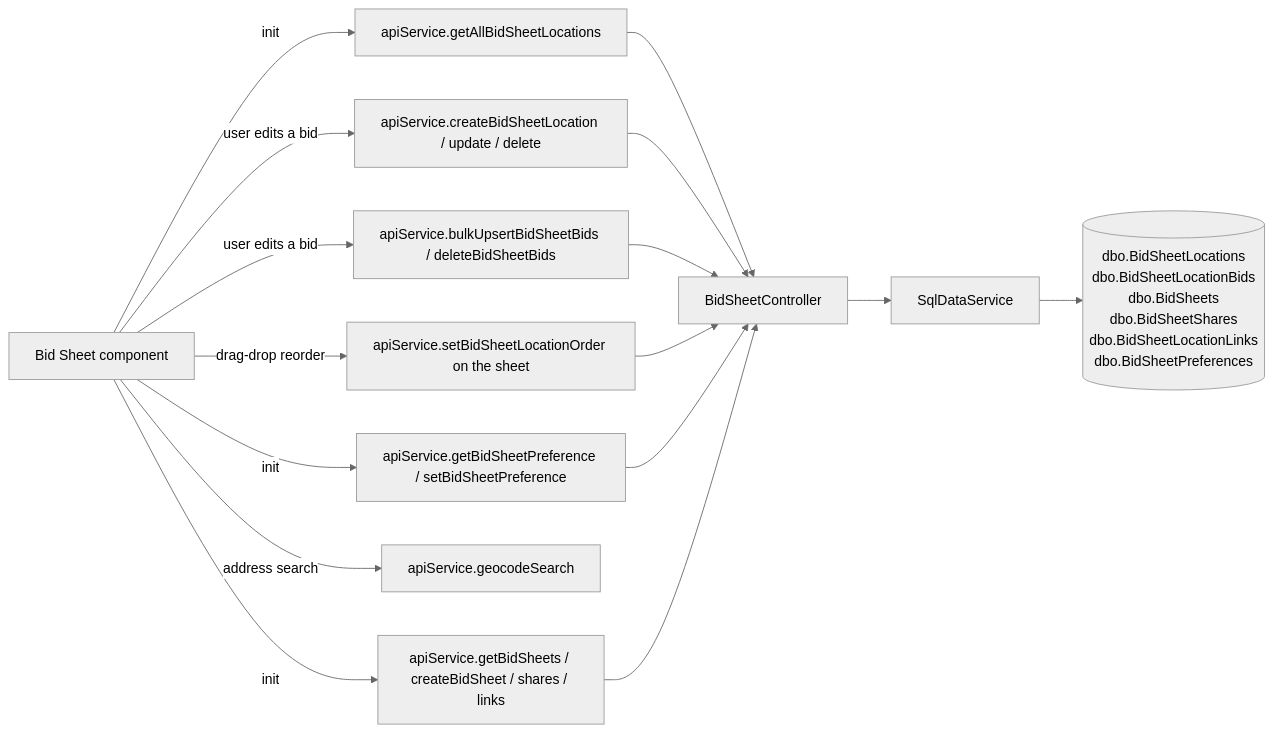
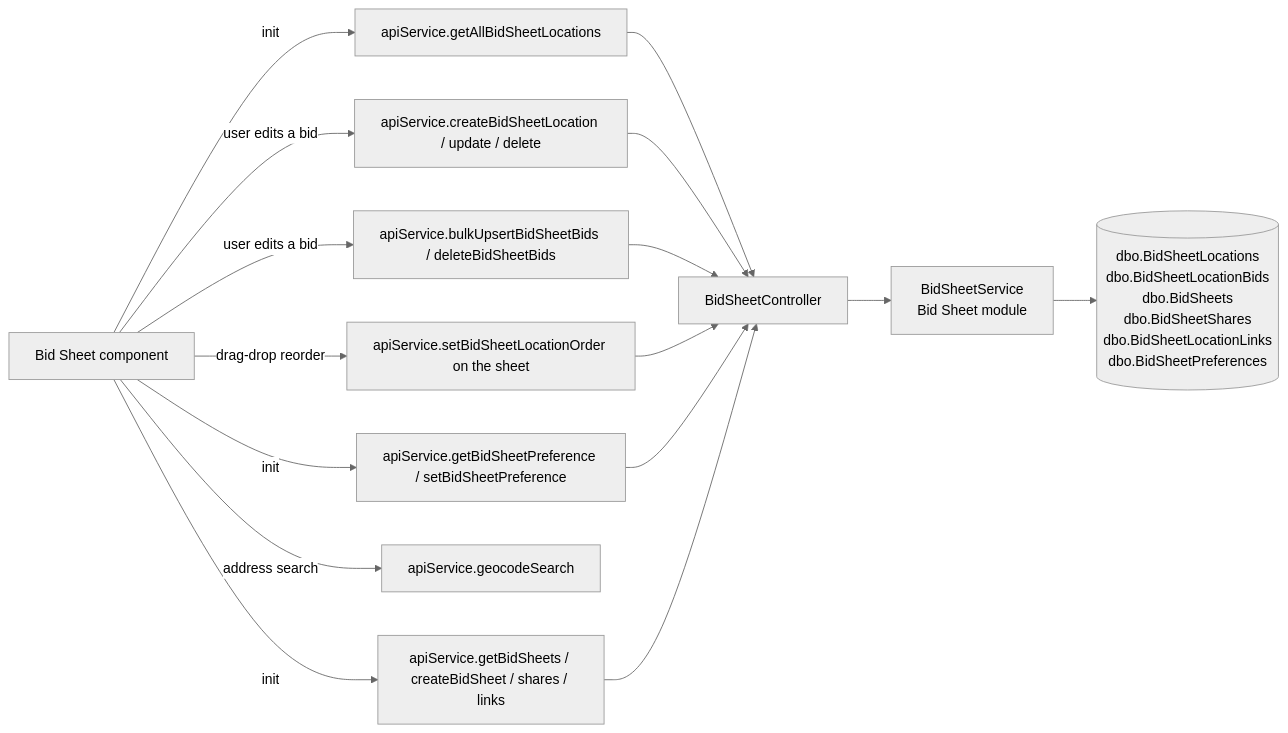
The diagram in docs/application-context/Bid Sheet.md (GrosseLimace/origination), drawn with Mermaid (neutral theme) before and after one commit. The commit also changed 7 other files, not shown here.

First line of the commit message:
docs(architecture): close out Phase 2 with docs that match the module layout

````diff
--- a/docs/application-context/Bid Sheet.md
+++ b/docs/application-context/Bid Sheet.md
@@ -29,20 +29,20 @@
 ```mermaid
 flowchart LR
     UI[Bid Sheet component]
     Locs[apiService.getAllBidSheetLocations]
     SaveLoc[apiService.createBidSheetLocation / update / delete]
     Bids[apiService.bulkUpsertBidSheetBids / deleteBidSheetBids]
     Order[apiService.setBidSheetLocationOrder on the sheet]
     Pref[apiService.getBidSheetPreference / setBidSheetPreference]
     Geo[apiService.geocodeSearch]
     Sheets[apiService.getBidSheets / createBidSheet / shares / links]
     CTL[BidSheetController]
-    SVC[SqlDataService]
+    SVC[BidSheetService<br/>Bid Sheet module]
     APP[(dbo.BidSheetLocations<br/>dbo.BidSheetLocationBids<br/>dbo.BidSheets<br/>dbo.BidSheetShares<br/>dbo.BidSheetLocationLinks<br/>dbo.BidSheetPreferences)]
 
     UI -- "init" --> Locs & Sheets & Pref
     UI -- "user edits a bid" --> SaveLoc & Bids
     UI -- "drag-drop reorder" --> Order
     UI -- "address search" --> Geo
     Locs & SaveLoc & Bids & Order & Pref & Sheets --> CTL --> SVC --> APP
 ```
````
